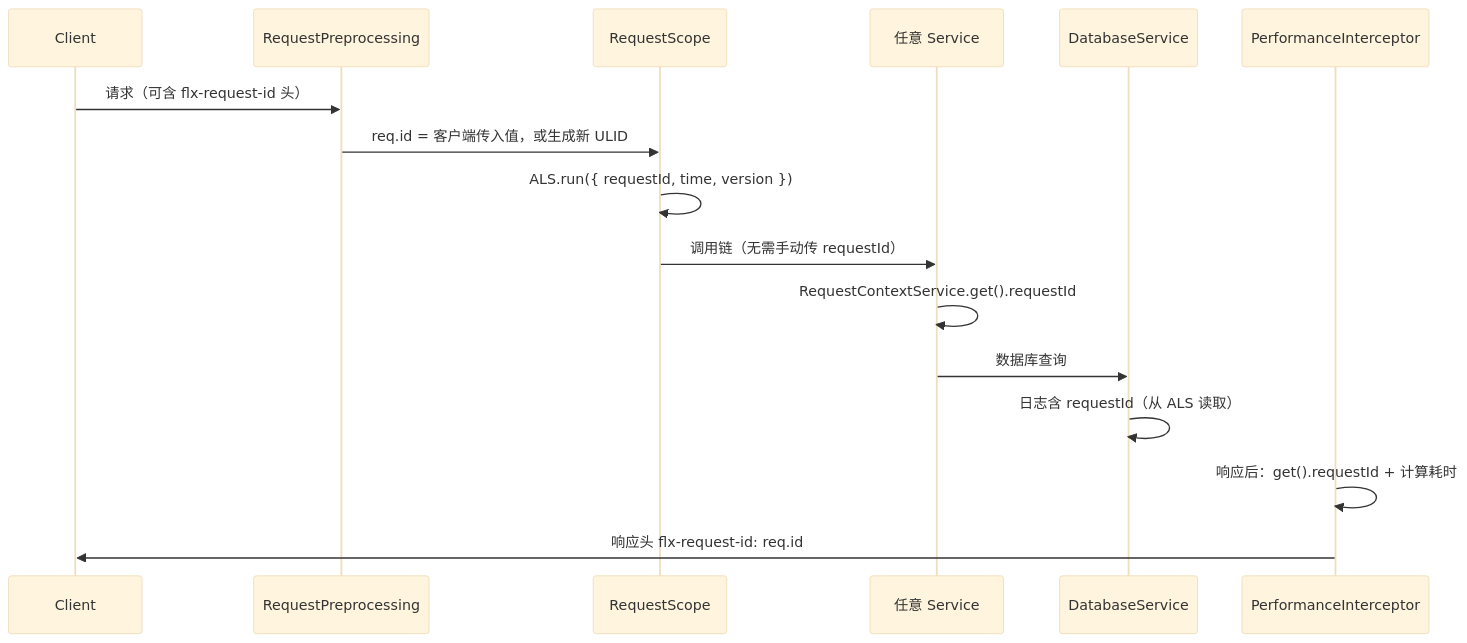
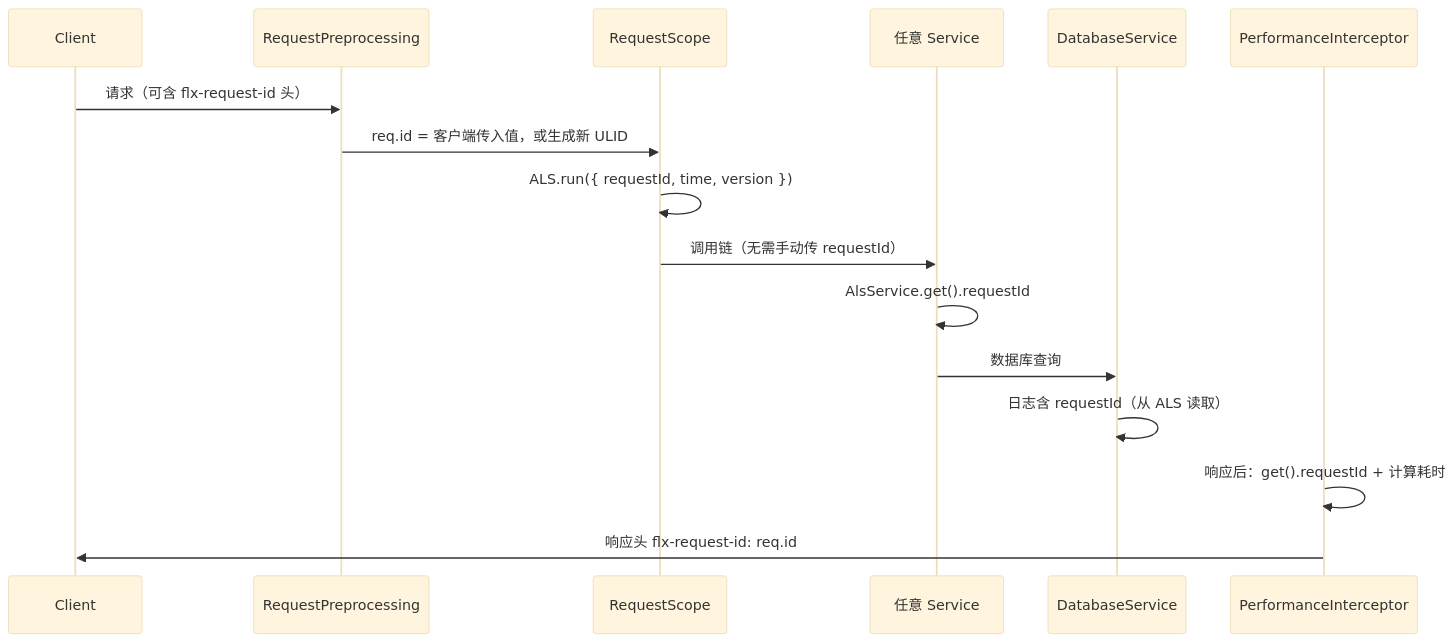
The diagram in docs/02-architecture/observability.md (gdmuna/NestJS-Scaffold), drawn with Mermaid (base theme) before and after one commit. The commit also changed other lines of this file and 20 other files, not shown here.

````diff
--- a/docs/02-architecture/observability.md
+++ b/docs/02-architecture/observability.md
@@ -49,19 +49,19 @@
 ```mermaid
 sequenceDiagram
     participant C as Client
     participant RP as RequestPreprocessing
     participant RS as RequestScope
     participant Svc as 任意 Service
     participant DB as DatabaseService
     participant PI as PerformanceInterceptor
 
     C->>RP: 请求（可含 flx-request-id 头）
     RP->>RS: req.id = 客户端传入值，或生成新 ULID
     RS->>RS: ALS.run({ requestId, time, version })
     RS->>Svc: 调用链（无需手动传 requestId）
-    Svc->>Svc: RequestContextService.get().requestId
+    Svc->>Svc: AlsService.get().requestId
     Svc->>DB: 数据库查询
     DB->>DB: 日志含 requestId（从 ALS 读取）
     PI->>PI: 响应后：get().requestId + 计算耗时
     PI->>C: 响应头 flx-request-id: req.id
 ```
````
